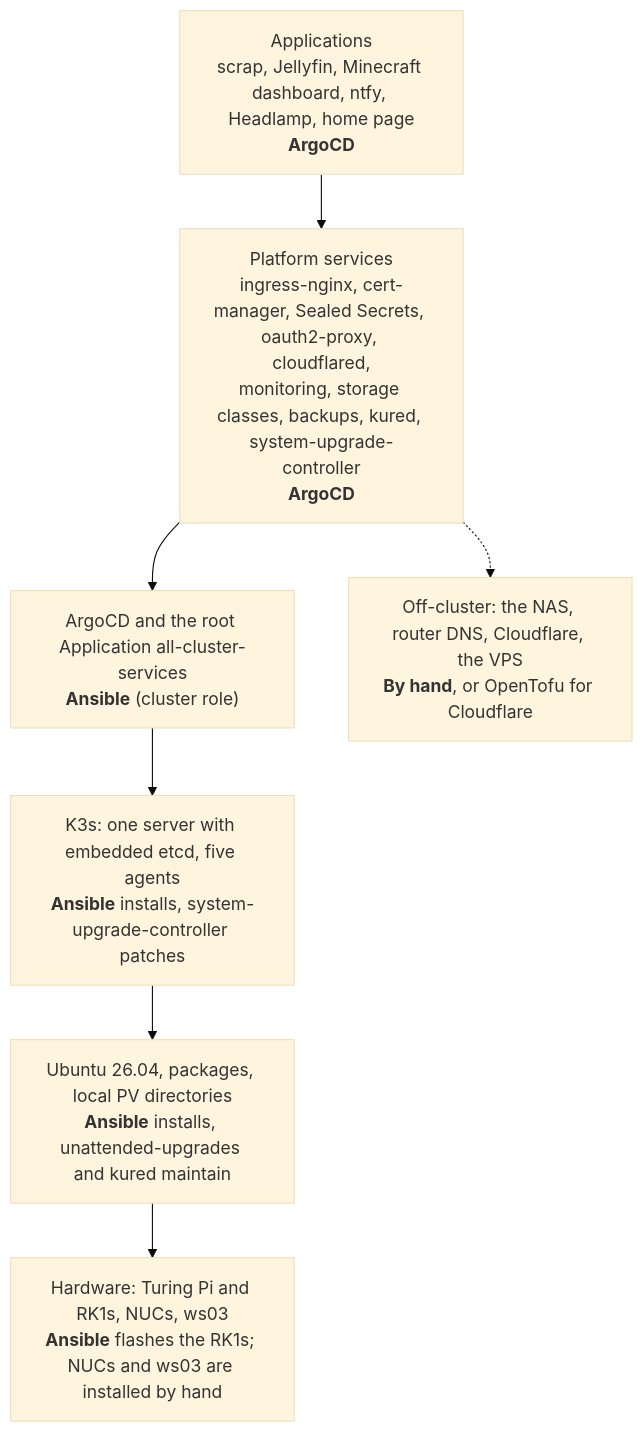
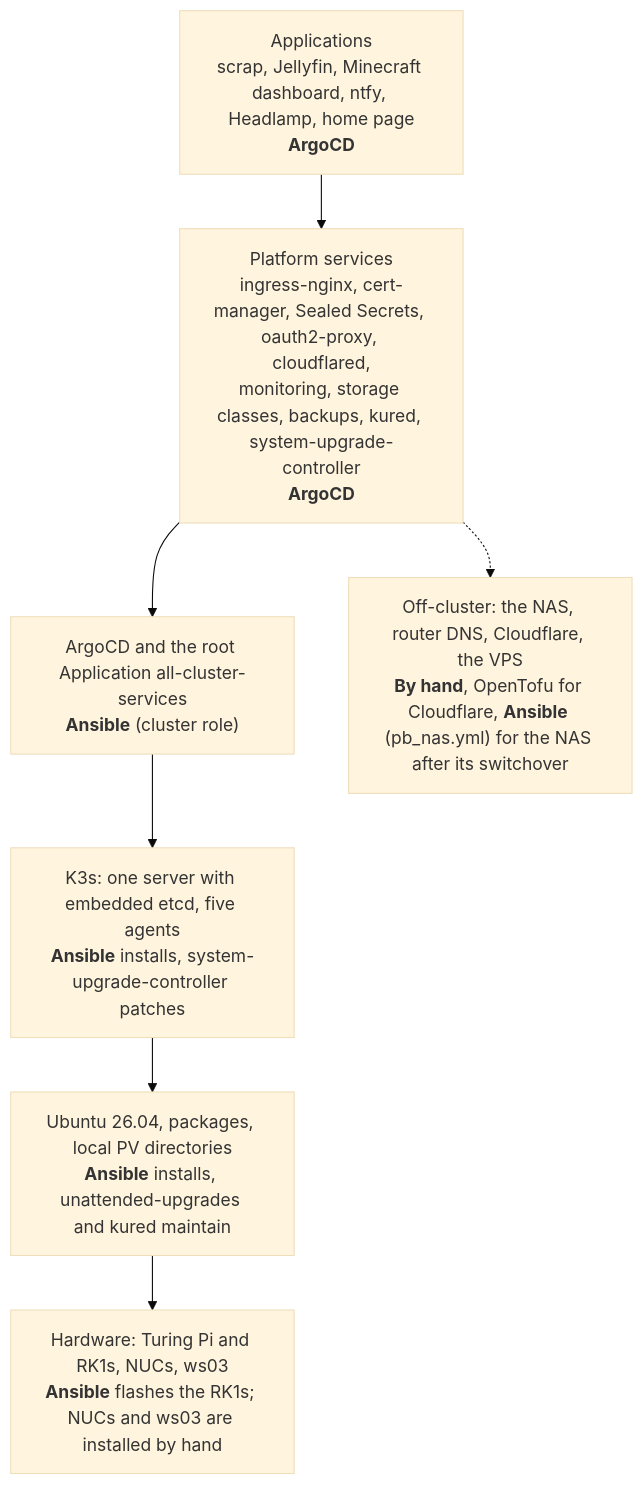
The second of 2 diagrams in docs/explanations/architecture.md (gilesknap/tpi-k3s-ansible), drawn with Mermaid (base theme) before and after one commit. The commit also changed other lines of this file and 13 other files, not shown here.

````diff
--- a/docs/explanations/architecture.md
+++ b/docs/explanations/architecture.md
@@ -60,13 +60,13 @@
 ```mermaid
 flowchart TB
     APPS["Applications<br/>scrap, Jellyfin, Minecraft dashboard, ntfy, Headlamp, home page<br/><b>ArgoCD</b>"]
     PLAT["Platform services<br/>ingress-nginx, cert-manager, Sealed Secrets, oauth2-proxy, cloudflared,<br/>monitoring, storage classes, backups, kured, system-upgrade-controller<br/><b>ArgoCD</b>"]
     ARGO["ArgoCD and the root Application all-cluster-services<br/><b>Ansible</b> (cluster role)"]
     K3S["K3s: one server with embedded etcd, five agents<br/><b>Ansible</b> installs, system-upgrade-controller patches"]
     OS["Ubuntu 26.04, packages, local PV directories<br/><b>Ansible</b> installs, unattended-upgrades and kured maintain"]
     HW["Hardware: Turing Pi and RK1s, NUCs, ws03<br/><b>Ansible</b> flashes the RK1s; NUCs and ws03 are installed by hand"]
-    EXT["Off-cluster: the NAS, router DNS, Cloudflare, the VPS<br/><b>By hand</b>, or OpenTofu for Cloudflare"]
+    EXT["Off-cluster: the NAS, router DNS, Cloudflare, the VPS<br/><b>By hand</b>, OpenTofu for Cloudflare, <b>Ansible</b> (pb_nas.yml) for the NAS after its switchover"]
 
     APPS --> PLAT --> ARGO --> K3S --> OS --> HW
     PLAT -.-> EXT
 ```
````
